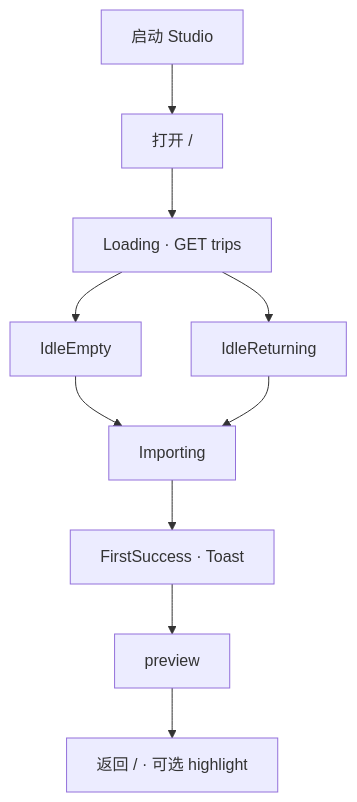
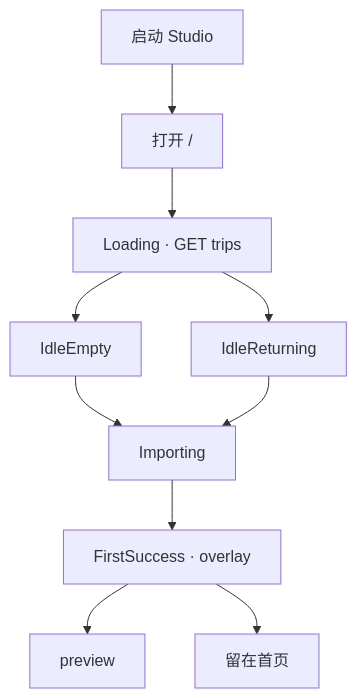
The second of 2 diagrams in docs/PRD-STUDIO-HOMEPAGE.md (warclover/travelogue), drawn with Mermaid before and after one commit. The commit also changed other lines of this file and 14 other files, not shown here.

First line of the commit message:
fix(studio): subprocess pick-folder and harden homepage import flow

````diff
--- a/docs/PRD-STUDIO-HOMEPAGE.md
+++ b/docs/PRD-STUDIO-HOMEPAGE.md
@@ -678,12 +762,12 @@
 ```mermaid
 flowchart TD
   Start[启动 Studio] --> Open[打开 /]
   Open --> Load[Loading · GET trips]
   Load --> Empty[IdleEmpty]
   Load --> Return[IdleReturning]
   Empty --> Import[Importing]
   Return --> Import
-  Import --> FS[FirstSuccess · Toast]
+  Import --> FS[FirstSuccess · overlay]
   FS --> Preview[preview]
-  Preview --> Return2[返回 / · 可选 highlight]
+  FS --> Return2[留在首页]
 ```
````
